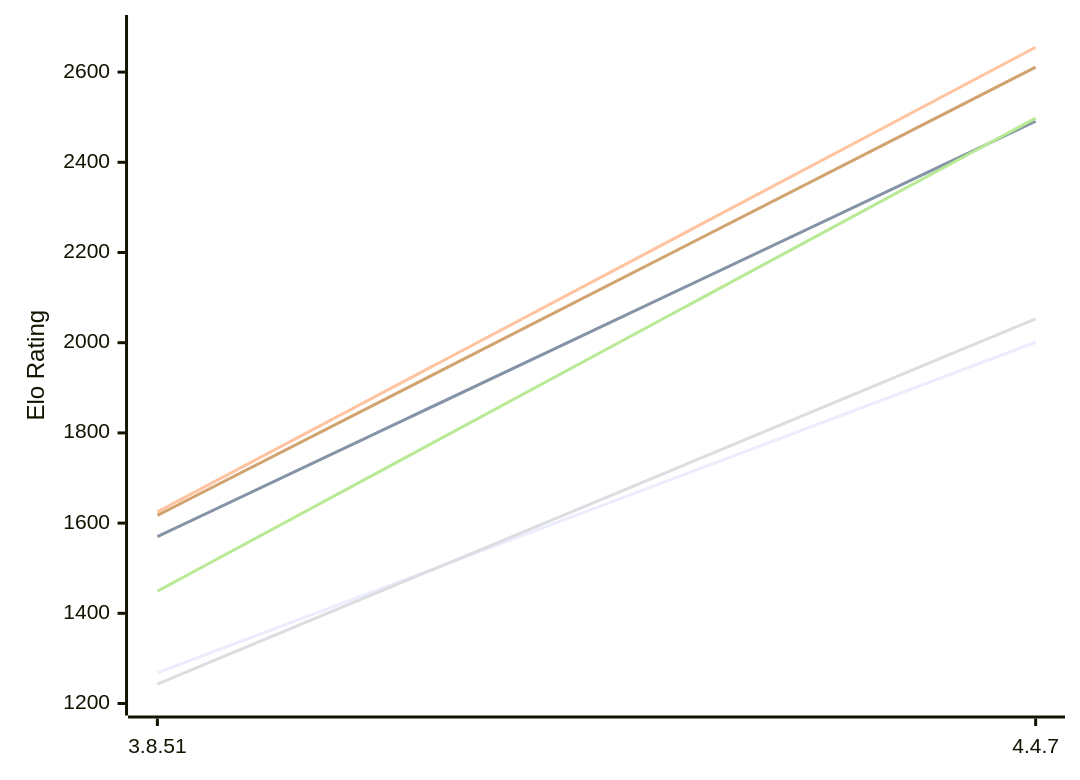
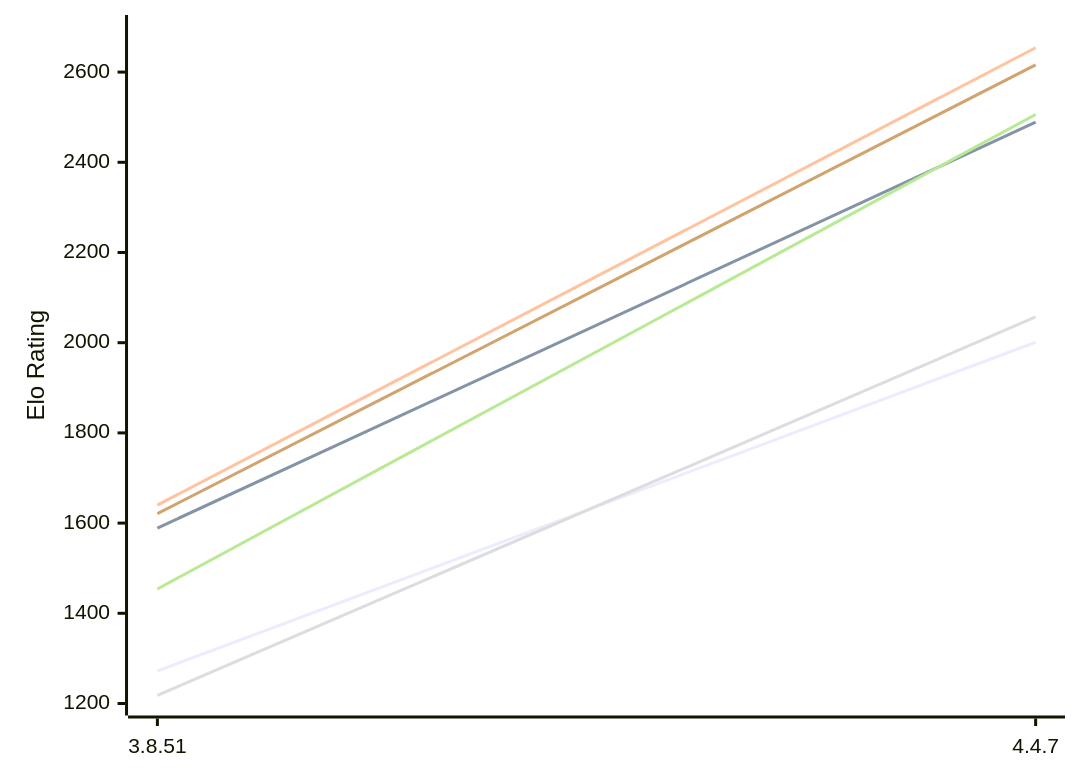
One commit to computer-chess-index/cci changed the first of 2 diagrams in engines/Scoria.md. Above: the diagram before and after it, drawn with Mermaid. The commit also changed other lines of this file, not shown here.

Commit message:
Update CCI Ratings (ELO VLTC) - 2026-11-17

````diff
--- a/engines/Scoria.md
+++ b/engines/Scoria.md
@@ -50,12 +50,12 @@
 ```mermaid
 %%{init: {"theme":"base","themeVariables":{"seriesColors:['#a3a3a3','#222221','#faa371']}}}%%
 xychart-beta
   x-axis ["3.8.51", "4.4.7"]
   y-axis "Elo Rating" 1200 --> 2700
-  line "E1: STC (8.0+0.08s)" [1268, 2001]
-  line "E1: LTC (60.0+0.60s)" [1570, 2491]
-  line "E1: VLTC (2m24s+1.12s)" [1625, 2655]
-  line "P1: STC (8.0+0.08s)" [1243, 2053]
-  line "P1: LTC (60.0+0.60s)" [1449, 2498]
-  line "P1: VLTC (2m24s+1.12s)" [1617, 2611]
+  line "E1: STC (8.0+0.08s)" [1272, 2001]
+  line "E1: LTC (60.0+0.60s)" [1589, 2489]
+  line "E1: VLTC (2m24s+1.12s)" [1640, 2654]
+  line "P1: STC (8.0+0.08s)" [1218, 2057]
+  line "P1: LTC (60.0+0.60s)" [1454, 2506]
+  line "P1: VLTC (2m24s+1.12s)" [1621, 2616]
 ```
````
